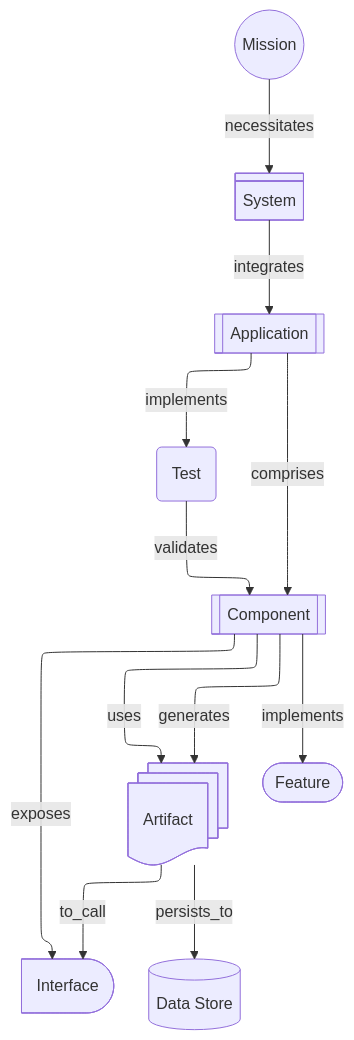
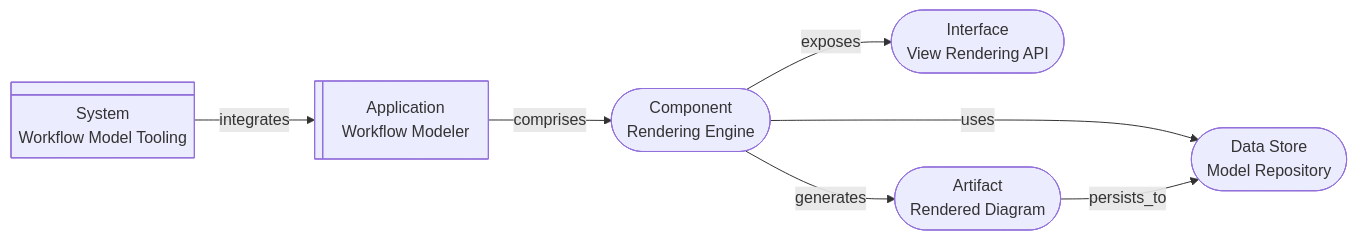
The fourth of 7 diagrams in .github/instructions/Aurora.instructions.md (JEleniel/aurora), drawn with Mermaid before and after one commit. The commit also changed other lines of this file and 337 other files, not shown here.

````diff
--- a/.github/instructions/Aurora.instructions.md
+++ b/.github/instructions/Aurora.instructions.md
@@ -295,28 +571,16 @@
 ```mermaid
----
-config:
-  layout: elk
----
-graph
-	mission((Mission))
-	system[System]@{shape: div-rect}
-	application[[Application]]
-	component[[Component]]
-	interface[Interface]@{shape: delay}
-	test(Test)
-	artifact[Artifact]@{shape: docs}
-	data_store[(Data Store)]
-	feature([Feature])
+graph LR
+	system["`System<br />Workflow Model Tooling`"]@{shape: div-rect}
+	application["`Application<br />Workflow Modeler`"]@{shape: lin-rect}
+	component(["`Component<br />Rendering Engine`"])
+	interface(["`Interface<br />View Rendering API`"])
+	data_store(["`Data Store<br />Model Repository`"])
+	artifact(["`Artifact<br />Rendered Diagram`"])
 
-	mission -- necessitates --> system
 	system -- integrates --> application
 	application -- comprises --> component
-	application -- implements --> test
 	component -- exposes --> interface
+	component -- uses --> data_store
 	component -- generates --> artifact
 	artifact -- persists_to --> data_store
-	test -- validates --> component
-	component -- uses --> artifact
-	artifact -- to_call --> interface
-	component -- implements --> feature
 ```
````
